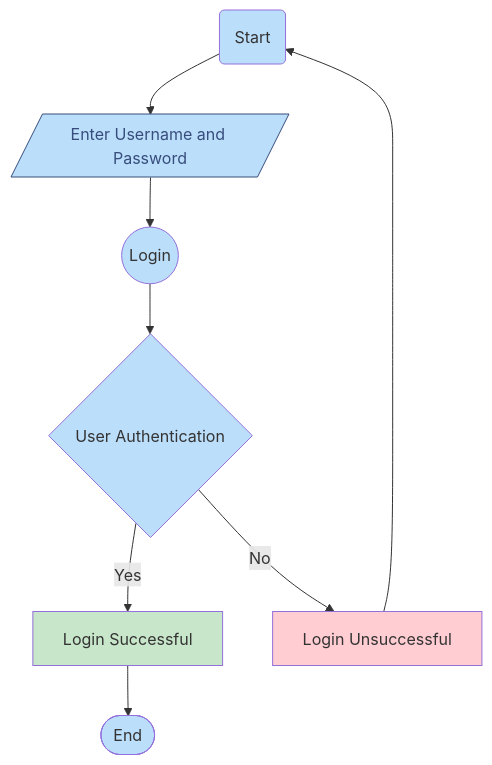
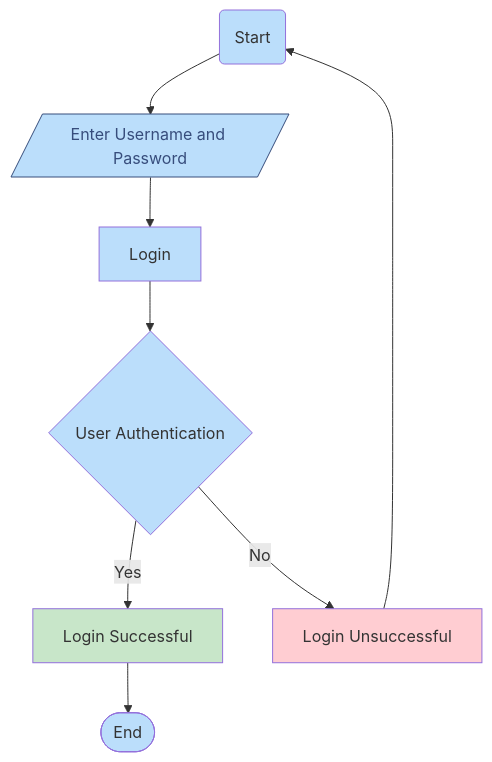
The diagram in Flowchart - Librarian.md (pdfrick-del/Brugg---Team-D), drawn with Mermaid before and after one commit.

Commit message:
Change flowchart direction and update shapes

````diff
--- a/Flowchart - Librarian.md
+++ b/Flowchart - Librarian.md
@@ -2,24 +2,25 @@
 ```mermaid
-flowchart TD
+flowchart TB
     A["Start"] -- <br> --> B["Enter Username and Password"]
-    B --> C(("Login"))
+    B --> C["Login"]
     C --> n1["User Authentication"]
     n1 -- Yes --> D["Login Successful"]
     n1 -- No --> F["Login Unsuccessful"]
     D --> n2(["End"])
     F --> A
 
     A@{ shape: rounded}
     B@{ shape: lean-r}
+    C@{ shape: rect}
     n1@{ shape: diam}
      B:::Sky
     classDef Sky stroke-width:1px, stroke-dasharray:none, stroke:#374D7C, fill:#E2EBFF, color:#374D7C
     style A fill:#BBDEFB
     style B fill:#BBDEFB
     style C fill:#BBDEFB
     style n1 fill:#BBDEFB
     style D fill:#C8E6C9
     style F fill:#FFCDD2
     style n2 fill:#BBDEFB
 
 ```
````
